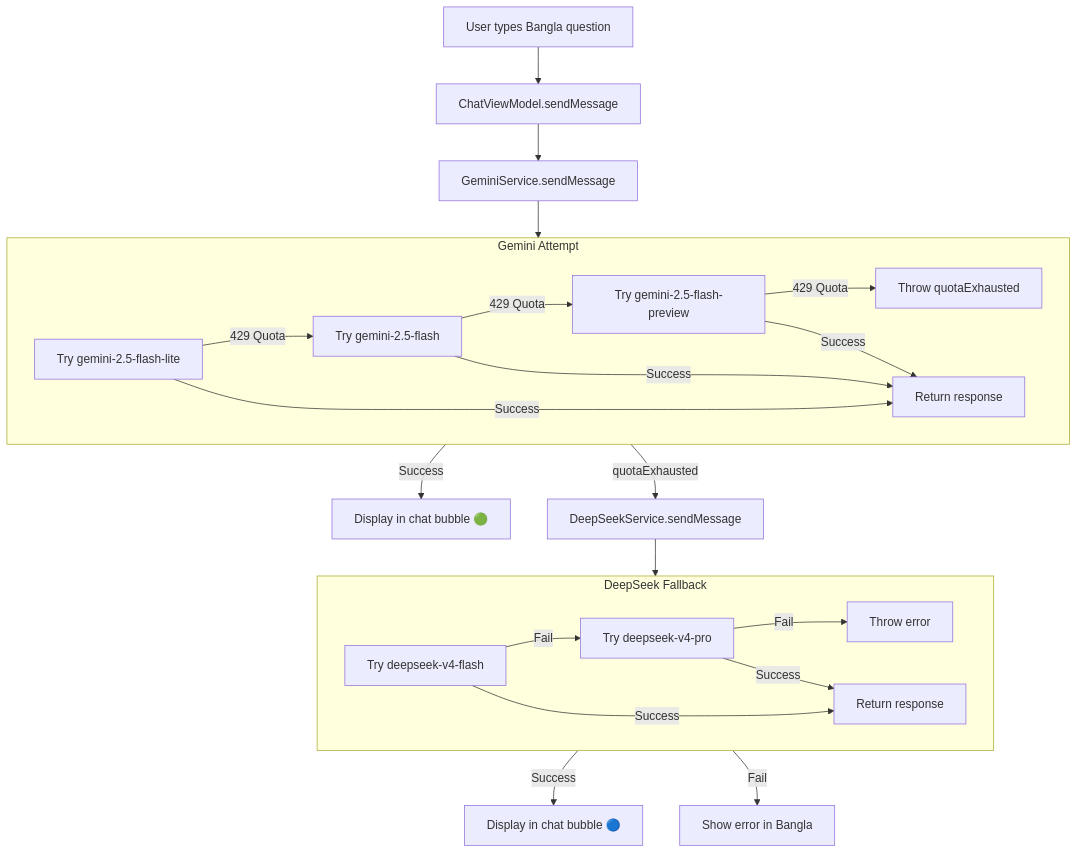
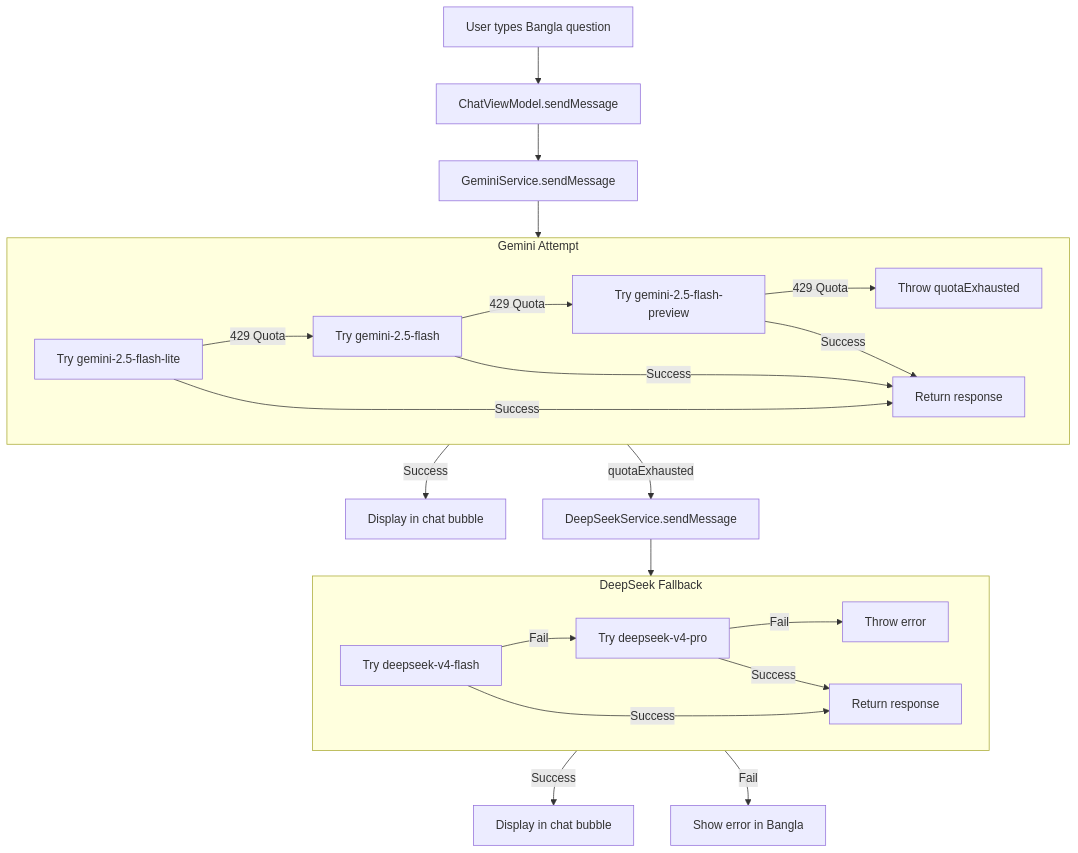
One commit to fahim12345c/AgriBangla-iOS-App changed the tenth of 12 diagrams in README.md. Above: the diagram before and after it, drawn with Mermaid. The commit also changed other lines of this file and 50 other files, not shown here.

````diff
--- a/README.md
+++ b/README.md
@@ -259,31 +502,31 @@
 ```mermaid
 flowchart TD
     A[User types Bangla question] --> B[ChatViewModel.sendMessage]
     B --> C[GeminiService.sendMessage]
-    
+
     subgraph Gemini [Gemini Attempt]
         D1[Try gemini-2.5-flash-lite]
         D1 -->|429 Quota| D2[Try gemini-2.5-flash]
         D2 -->|429 Quota| D3[Try gemini-2.5-flash-preview]
         D3 -->|429 Quota| E[Throw quotaExhausted]
         D1 -->|Success| F[Return response]
         D2 -->|Success| F
         D3 -->|Success| F
     end
-    
+
     C --> Gemini
-    Gemini -->|Success| G[Display in chat bubble 🟢]
+    Gemini -->|Success| G[Display in chat bubble]
     Gemini -->|quotaExhausted| H[DeepSeekService.sendMessage]
-    
+
     subgraph DeepSeek [DeepSeek Fallback]
         I1[Try deepseek-v4-flash]
         I1 -->|Fail| I2[Try deepseek-v4-pro]
         I2 -->|Fail| J[Throw error]
         I1 -->|Success| K[Return response]
         I2 -->|Success| K
     end
-    
+
     H --> DeepSeek
-    DeepSeek -->|Success| L[Display in chat bubble 🔵]
+    DeepSeek -->|Success| L[Display in chat bubble]
     DeepSeek -->|Fail| M[Show error in Bangla]
 ```
````
